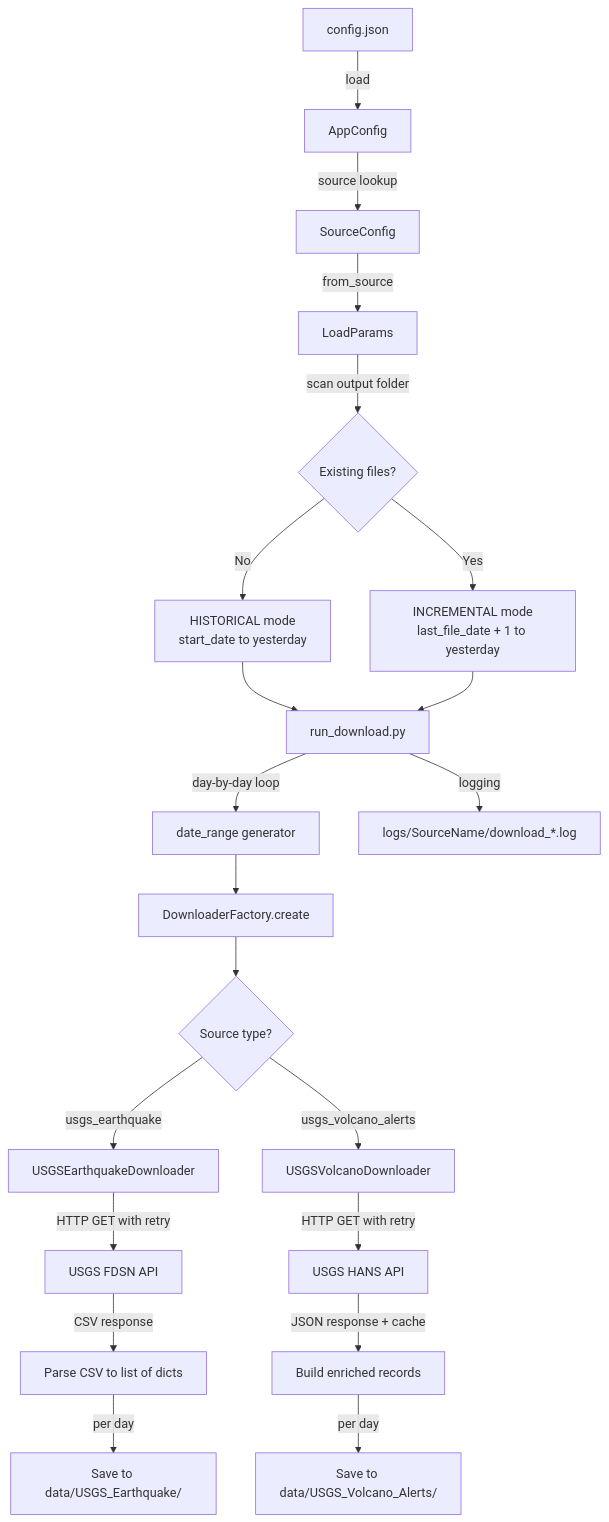
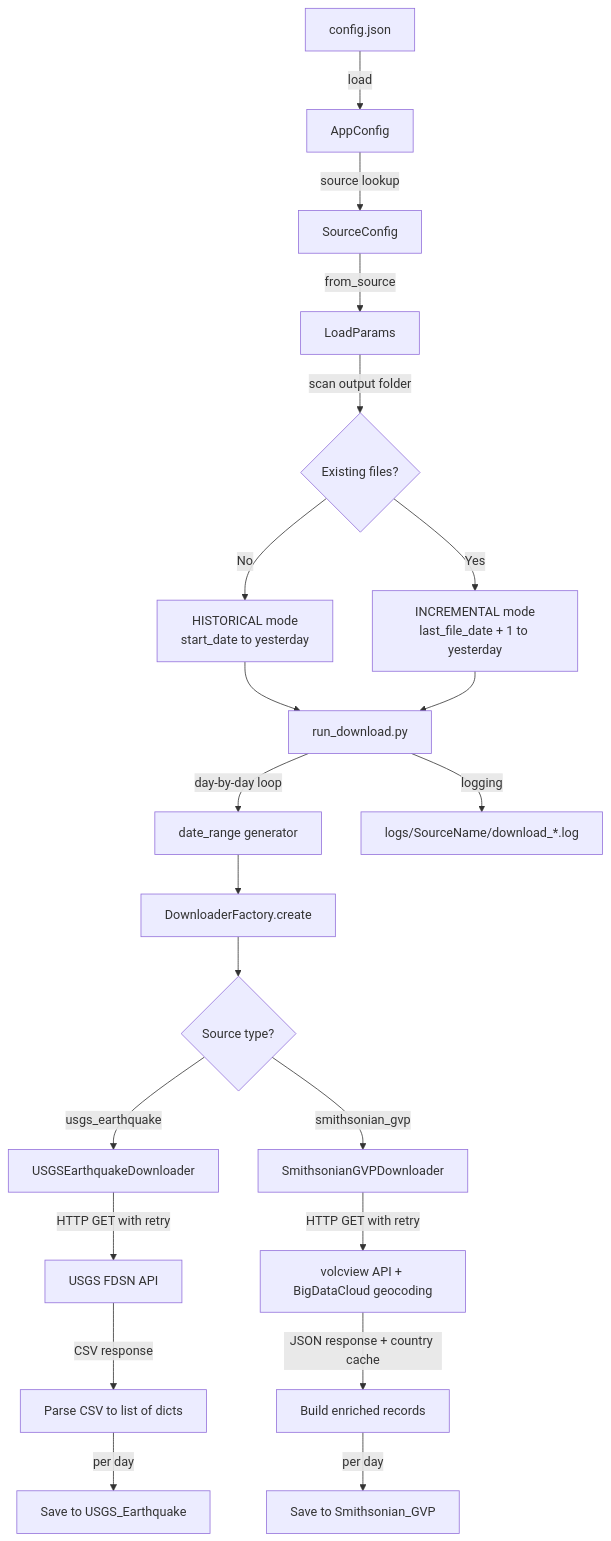
Before and after one commit to kaluzny1995/GEO_Download: the diagram in README.md, drawn with Mermaid. The commit also changed other lines of this file and 9 other files, not shown here.

Commit message:
New datasource Smithsonian_GVP

````diff
--- a/README.md
+++ b/README.md
@@ -224,23 +223,23 @@
 ```mermaid
 flowchart TD
     A[config.json] -->|load| B[AppConfig]
     B -->|source lookup| C[SourceConfig]
     C -->|from_source| D[LoadParams]
     D -->|scan output folder| E{Existing files?}
     E -->|No| F[HISTORICAL mode<br/>start_date to yesterday]
     E -->|Yes| G[INCREMENTAL mode<br/>last_file_date + 1 to yesterday]
     F --> H[run_download.py]
     G --> H
     H -->|day-by-day loop| I[date_range generator]
     I --> J[DownloaderFactory.create]
     J --> K{Source type?}
     K -->|usgs_earthquake| L[USGSEarthquakeDownloader]
-    K -->|usgs_volcano_alerts| M[USGSVolcanoDownloader]
+    K -->|smithsonian_gvp| M[SmithsonianGVPDownloader]
     L -->|HTTP GET with retry| N[USGS FDSN API]
-    M -->|HTTP GET with retry| O[USGS HANS API]
+    M -->|HTTP GET with retry| O[volcview API + BigDataCloud geocoding]
     N -->|CSV response| P[Parse CSV to list of dicts]
-    O -->|JSON response + cache| Q[Build enriched records]
-    P -->|per day| R[Save to data/USGS_Earthquake/]
-    Q -->|per day| S[Save to data/USGS_Volcano_Alerts/]
+    O -->|JSON response + country cache| Q[Build enriched records]
+    P -->|per day| R[Save to USGS_Earthquake]
+    Q -->|per day| S[Save to Smithsonian_GVP]
     H -->|logging| T[logs/SourceName/download_*.log]
 ```
````
